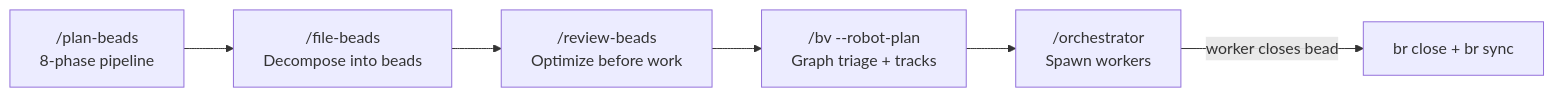
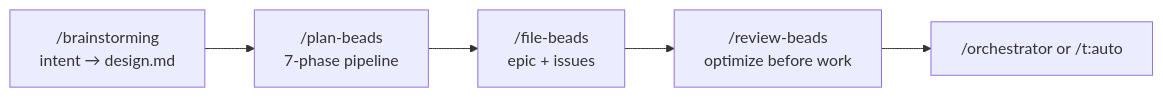
One commit to trungtnm/claude-code-utils changed the second of 2 diagrams in README.md. Above: the diagram before and after it, drawn with Mermaid. The commit also changed other lines of this file, not shown here.

````diff
--- a/README.md
+++ b/README.md
@@ -247,8 +77,7 @@
 ```mermaid
 graph LR
-    A["/plan-beads<br/>8-phase pipeline"] --> B["/file-beads<br/>Decompose into beads"]
-    B --> C["/review-beads<br/>Optimize before work"]
-    C --> D["/bv --robot-plan<br/>Graph triage + tracks"]
-    D --> E["/orchestrator<br/>Spawn workers"]
-    E -->|"worker closes bead"| F["br close + br sync"]
+    A["/brainstorming<br/>intent → design.md"] --> B["/plan-beads<br/>7-phase pipeline"]
+    B --> C["/file-beads<br/>epic + issues"]
+    C --> D["/review-beads<br/>optimize before work"]
+    D --> E["/orchestrator or /t:auto"]
 ```
````
